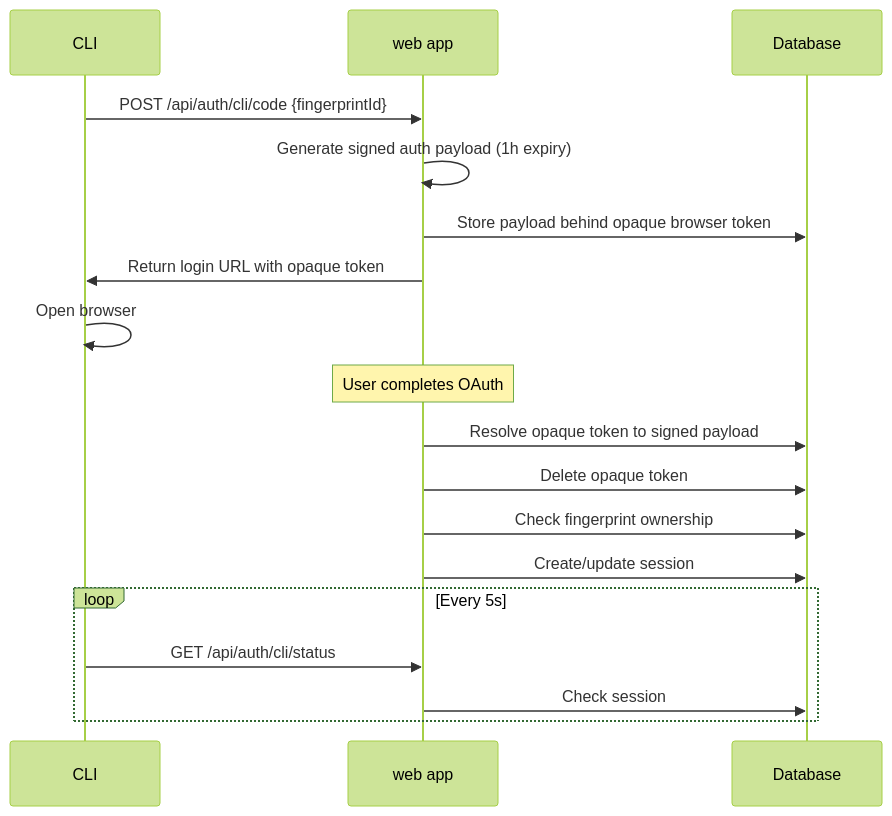
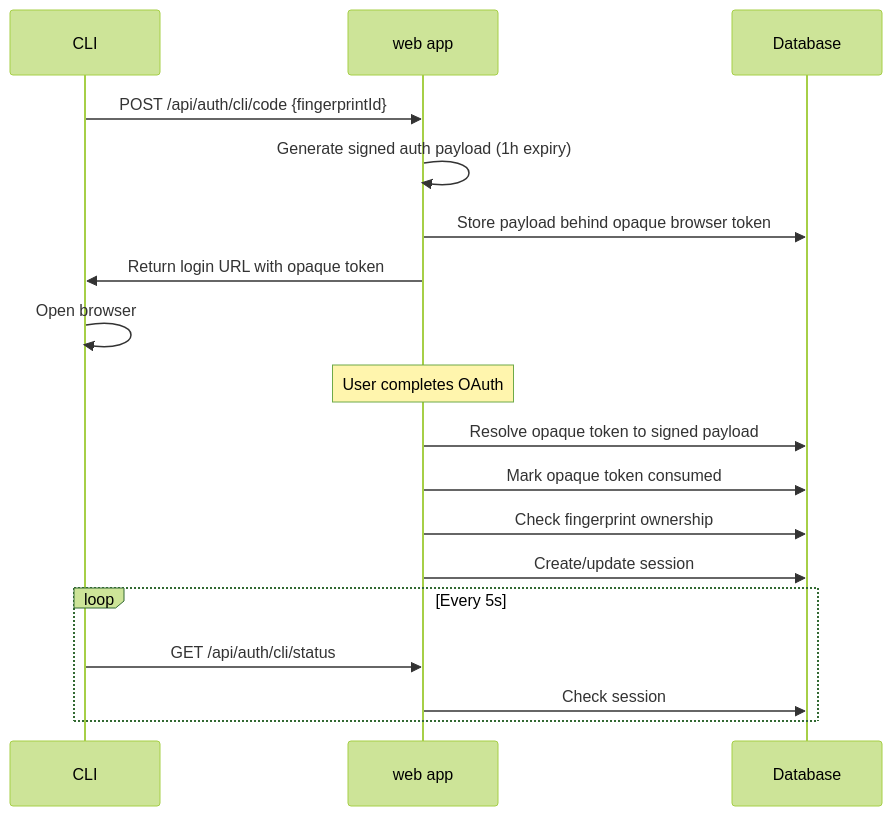
One commit to innotelinc/jesus changed the diagram in apps/freebuff/docs/authentication.md. Above: the diagram before and after it, drawn with Mermaid (forest theme). The commit also changed other lines of this file and 10 other files, not shown here.

````diff
--- a/apps/freebuff/docs/authentication.md
+++ b/apps/freebuff/docs/authentication.md
@@ -9,21 +9,21 @@
 ```mermaid
 sequenceDiagram
     participant CLI as CLI
     participant Web as web app
     participant DB as Database
 
     CLI->>Web: POST /api/auth/cli/code {fingerprintId}
     Web->>Web: Generate signed auth payload (1h expiry)
     Web->>DB: Store payload behind opaque browser token
     Web->>CLI: Return login URL with opaque token
     CLI->>CLI: Open browser
     Note over Web: User completes OAuth
     Web->>DB: Resolve opaque token to signed payload
-    Web->>DB: Delete opaque token
+    Web->>DB: Mark opaque token consumed
     Web->>DB: Check fingerprint ownership
     Web->>DB: Create/update session
     loop Every 5s
         CLI->>Web: GET /api/auth/cli/status
         Web->>DB: Check session
     end
 ```
````
